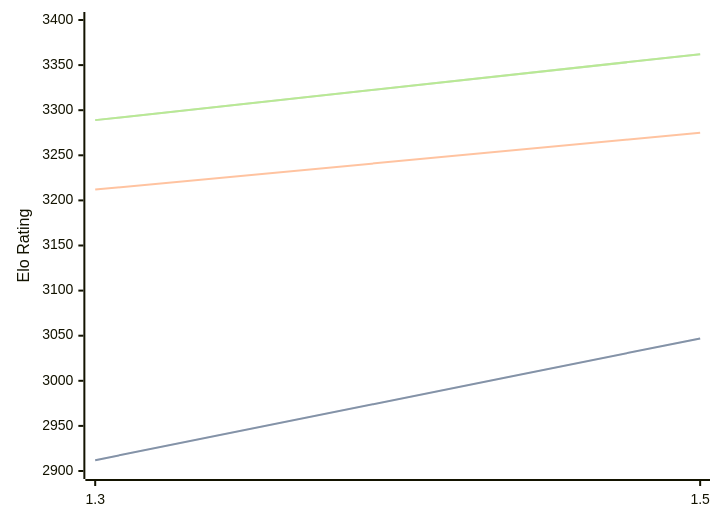
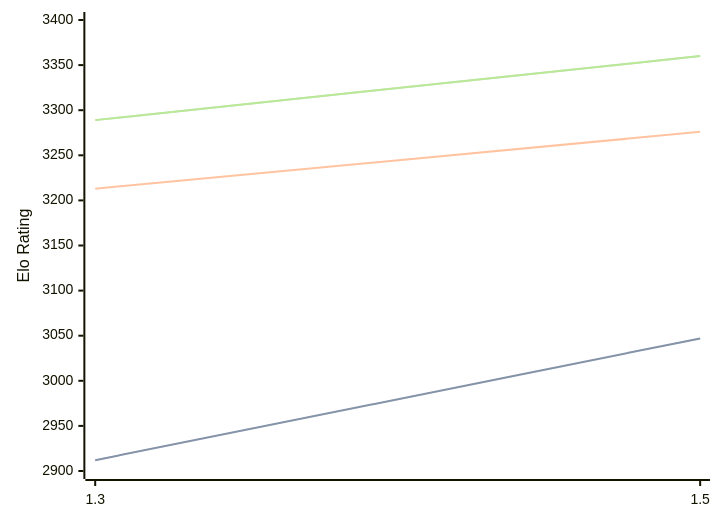
Before and after one commit to computer-chess-index/cci: the diagram in engines/Lambergar.md, drawn with Mermaid. The commit also changed other lines of this file, not shown here.

Commit message:
Update CCI Ratings (ELO VLTC) - 2026-09-08

````diff
--- a/engines/Lambergar.md
+++ b/engines/Lambergar.md
@@ -32,11 +32,11 @@
 ```mermaid
 %%{init: {"theme":"base","themeVariables":{"seriesColors:['#a3a3a3','#222221','#faa371']}}}%%
 xychart-beta
   x-axis ["1.3", "1.5"]
   y-axis "Elo Rating" 2900 --> 3400
   line "" [2912, 3047]
   line "STC (8.0+0.08s)" [2912, 3047]
-  line "LTC (60.0+0.60s)" [3212, 3275]
-  line "" [3289, 3362]
-  line "VLTC (2m24s+1.12s)" [3289, 3362]
+  line "LTC (60.0+0.60s)" [3213, 3276]
+  line "" [3289, 3360]
+  line "VLTC (2m24s+1.12s)" [3289, 3360]
 ```
````
